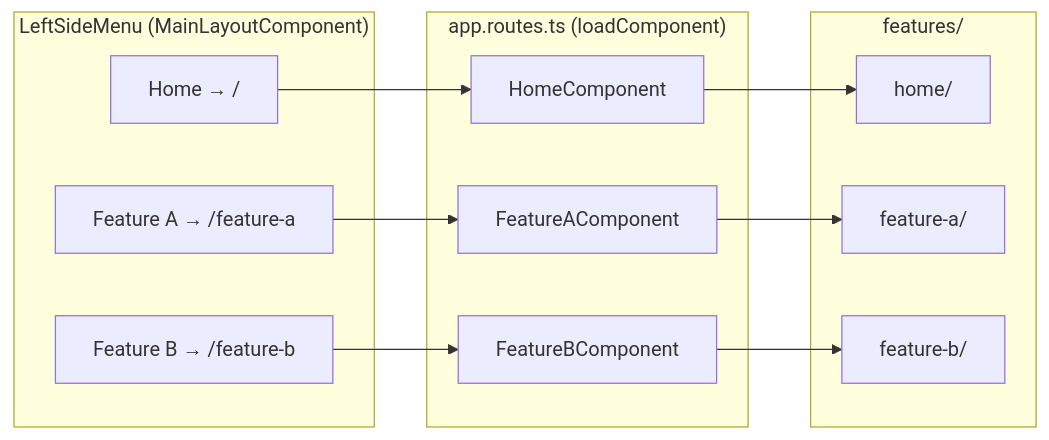
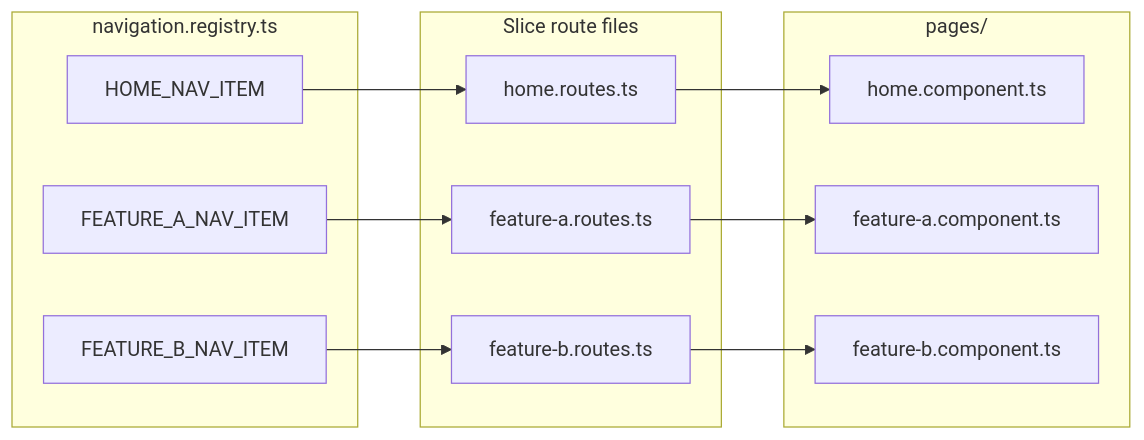
The sixth of 9 diagrams in README.md (lkovari/angular-seed), drawn with Mermaid before and after one commit. The commit also changed other lines of this file and 111 other files, not shown here.

Commit message:
Upgrade to v22 turn architecture to vertical sliced

````diff
--- a/README.md
+++ b/README.md
@@ -169,24 +242,24 @@
 ```mermaid
 flowchart LR
-  subgraph menu["LeftSideMenu (MainLayoutComponent)"]
-    homeLink["Home → /"]
-    faLink["Feature A → /feature-a"]
-    fbLink["Feature B → /feature-b"]
+  subgraph navRegistry["navigation.registry.ts"]
+    homeNav["HOME_NAV_ITEM"]
+    faNav["FEATURE_A_NAV_ITEM"]
+    fbNav["FEATURE_B_NAV_ITEM"]
   end
 
-  subgraph router["app.routes.ts (loadComponent)"]
-    homeRoute["HomeComponent"]
-    faRoute["FeatureAComponent"]
-    fbRoute["FeatureBComponent"]
+  subgraph sliceRoutes["Slice route files"]
+    homeRoutes["home.routes.ts"]
+    faRoutes["feature-a.routes.ts"]
+    fbRoutes["feature-b.routes.ts"]
   end
 
-  subgraph files["features/"]
-    homeFile["home/"]
-    faFile["feature-a/"]
-    fbFile["feature-b/"]
+  subgraph slicePages["pages/"]
+    homePage["home.component.ts"]
+    faPage["feature-a.component.ts"]
+    fbPage["feature-b.component.ts"]
   end
 
-  homeLink --> homeRoute --> homeFile
-  faLink --> faRoute --> faFile
-  fbLink --> fbRoute --> fbFile
+  homeNav --> homeRoutes --> homePage
+  faNav --> faRoutes --> faPage
+  fbNav --> fbRoutes --> fbPage
 ```
````
